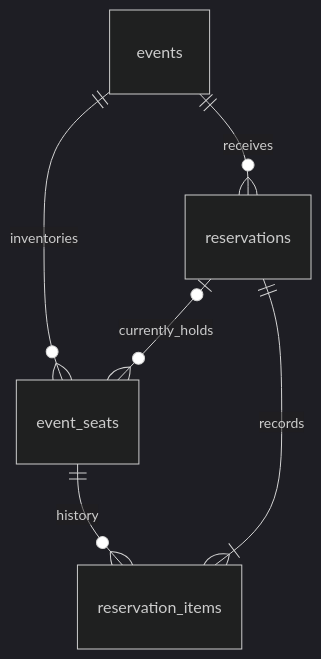
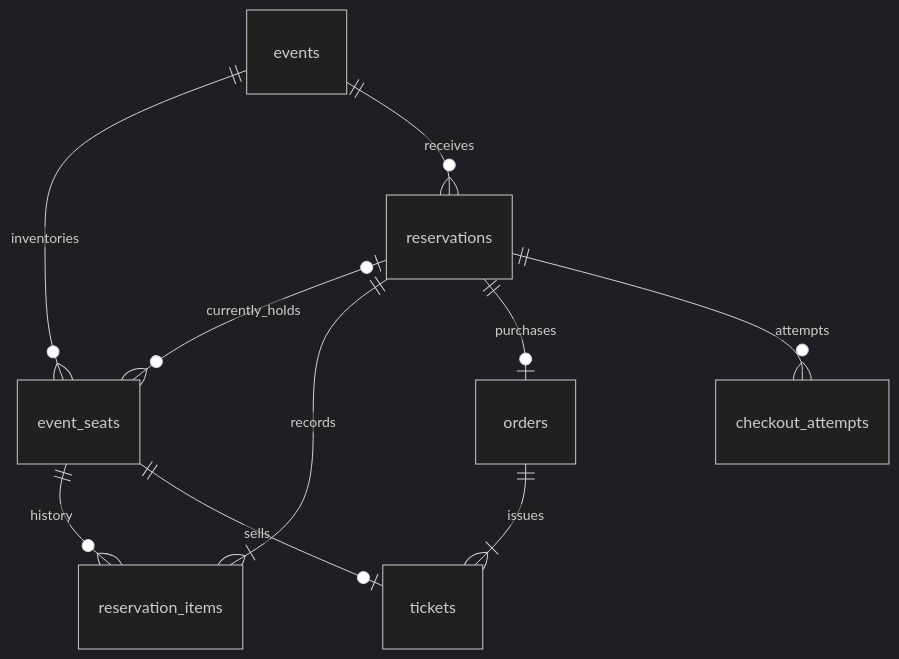
Before and after one commit to IvanYam4ikov/TicketReservations: the diagram in README.md, drawn with Mermaid (dark theme). The commit also changed other lines of this file and 10 other files, not shown here.

````diff
--- a/README.md
+++ b/README.md
@@ -72,8 +107,12 @@
 ```mermaid
 erDiagram
     events ||--o{ event_seats : inventories
     events ||--o{ reservations : receives
     reservations o|--o{ event_seats : currently_holds
     reservations ||--|{ reservation_items : records
     event_seats ||--o{ reservation_items : history
+    reservations ||--o| orders : purchases
+    orders ||--|{ tickets : issues
+    event_seats ||--o| tickets : sells
+    reservations ||--o{ checkout_attempts : attempts
 ```
````
